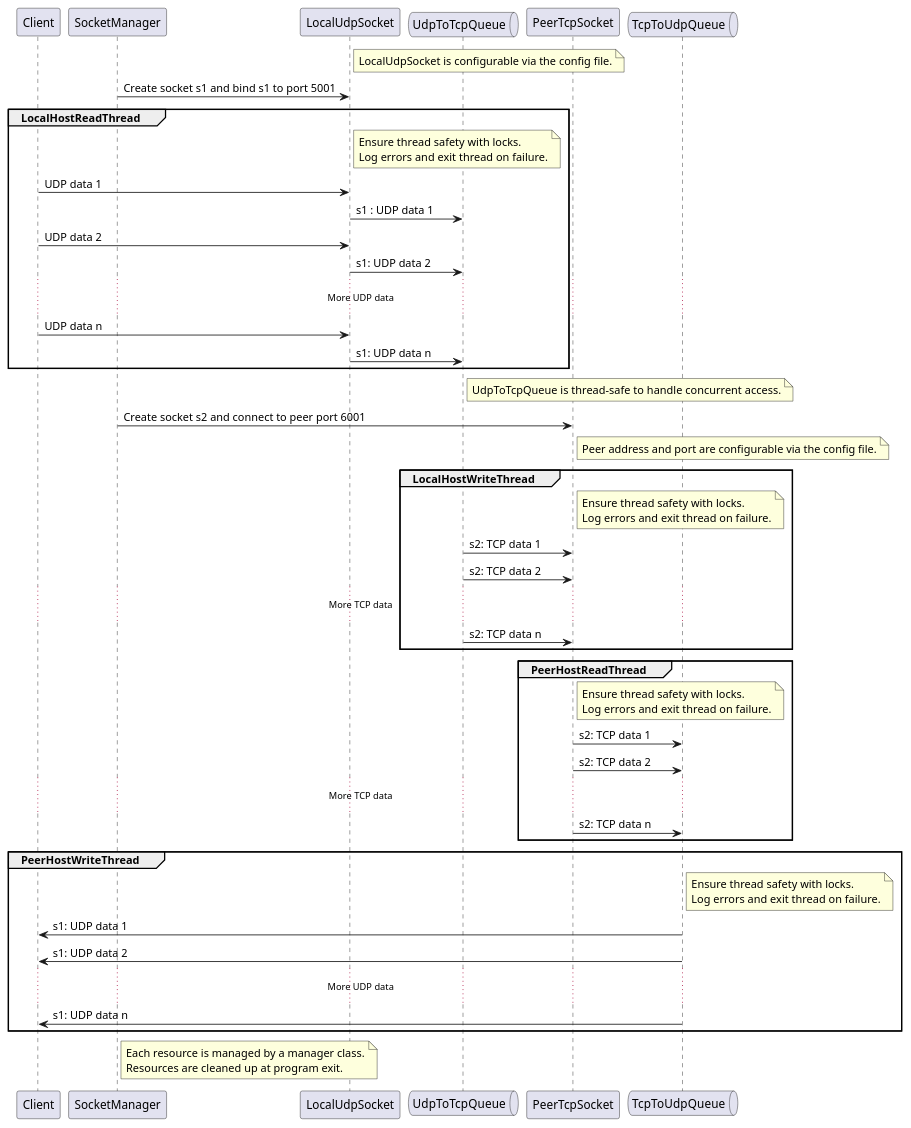
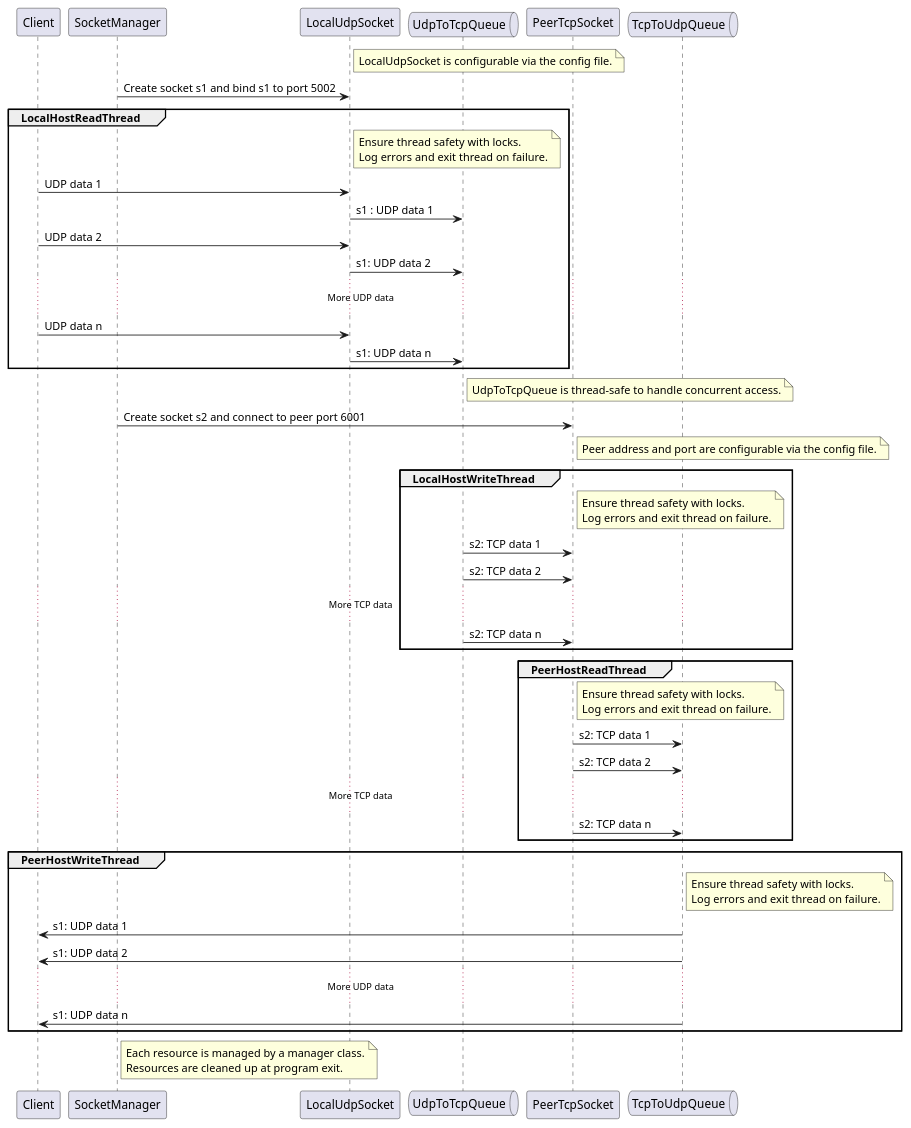
Before and after one commit to xiguichen/tcpudp: the first of 2 diagrams in doc/client.md, drawn with PlantUML. The commit also changed other lines of this file and 5 other files, not shown here.

```diff
--- a/doc/client.md
+++ b/doc/client.md
@@ -16,78 +16,78 @@
 @startuml
 
 participant Client 
 participant SocketManager
 participant LocalUdpSocket
 queue UdpToTcpQueue
 participant PeerTcpSocket
 queue TcpToUdpQueue
 
 note right of LocalUdpSocket
   LocalUdpSocket is configurable via the config file.
 end note
 
-SocketManager -> LocalUdpSocket: Create socket s1 and bind s1 to port 5001
+SocketManager -> LocalUdpSocket: Create socket s1 and bind s1 to port 5002
 
 group LocalHostReadThread
     note right of LocalUdpSocket
       Ensure thread safety with locks.
       Log errors and exit thread on failure.
     end note
     Client -> LocalUdpSocket : UDP data 1
     LocalUdpSocket -> UdpToTcpQueue: s1 : UDP data 1
     Client -> LocalUdpSocket : UDP data 2
     LocalUdpSocket -> UdpToTcpQueue: s1: UDP data 2
     ... More UDP data ...
     Client -> LocalUdpSocket : UDP data n
     LocalUdpSocket -> UdpToTcpQueue: s1: UDP data n
 end
 
 note right of UdpToTcpQueue
   UdpToTcpQueue is thread-safe to handle concurrent access.
 end note
 
 SocketManager -> PeerTcpSocket: Create socket s2 and connect to peer port 6001
 
 note right of PeerTcpSocket
   Peer address and port are configurable via the config file.
 end note
 
 group LocalHostWriteThread
     note right of PeerTcpSocket
       Ensure thread safety with locks.
       Log errors and exit thread on failure.
     end note
     UdpToTcpQueue -> PeerTcpSocket: s2: TCP data 1
     UdpToTcpQueue -> PeerTcpSocket: s2: TCP data 2
     ... More TCP data ...
     UdpToTcpQueue -> PeerTcpSocket: s2: TCP data n
 end
 
 group PeerHostReadThread
     note right of PeerTcpSocket
       Ensure thread safety with locks.
       Log errors and exit thread on failure.
     end note
     PeerTcpSocket -> TcpToUdpQueue: s2: TCP data 1
     PeerTcpSocket -> TcpToUdpQueue: s2: TCP data 2
     ... More TCP data ...
     PeerTcpSocket -> TcpToUdpQueue: s2: TCP data n
 end
 
 group PeerHostWriteThread
     note right of TcpToUdpQueue
       Ensure thread safety with locks.
       Log errors and exit thread on failure.
     end note
     TcpToUdpQueue -> Client: s1: UDP data 1
     TcpToUdpQueue -> Client: s1: UDP data 2
     ... More UDP data ...
     TcpToUdpQueue -> Client: s1: UDP data n
 end
 
 
 note right of SocketManager
   Each resource is managed by a manager class.
   Resources are cleaned up at program exit.
 end note
 @enduml
```
